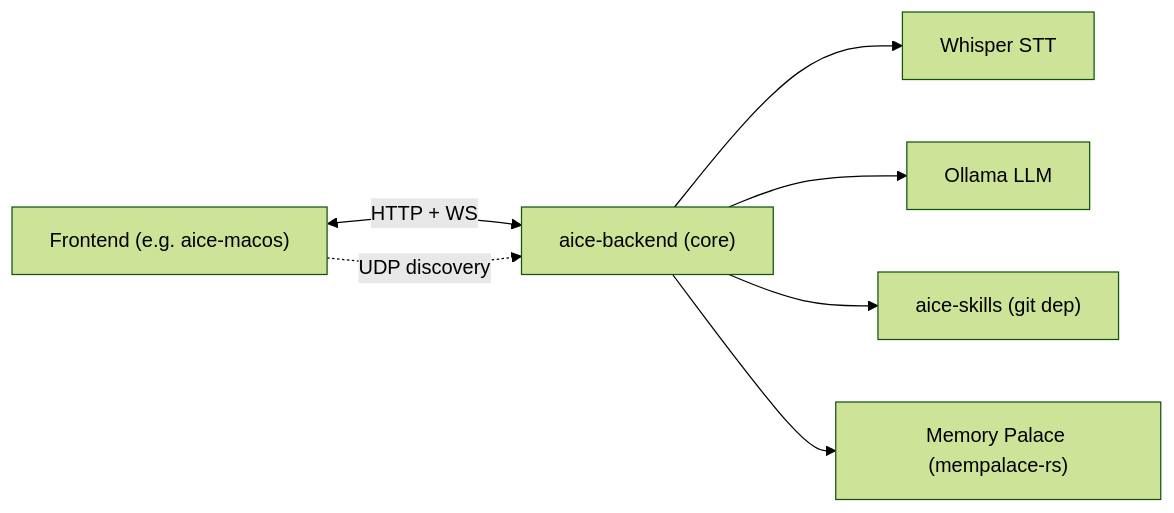
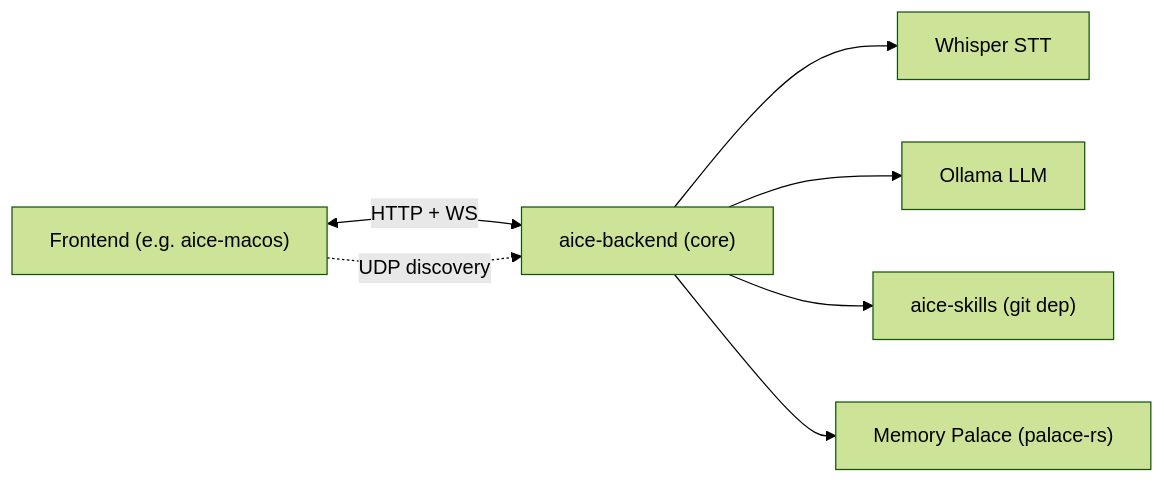
One commit to AncientiCe/aice changed the diagram in README.md. Above: the diagram before and after it, drawn with Mermaid (forest theme). The commit also changed other lines of this file and 10 other files, not shown here.

First line of the commit message:
Move Memory Palace to palace-rs v0.14.2 and purge its new per-wing tables.

````diff
--- a/README.md
+++ b/README.md
@@ -24,9 +24,9 @@
 ```mermaid
 flowchart LR
     Frontend["Frontend (e.g. aice-macos)"] <-->|HTTP + WS| Backend["aice-backend (core)"]
     Backend --> STT[Whisper STT]
     Backend --> LLM[Ollama LLM]
     Backend --> Skills["aice-skills (git dep)"]
-    Backend --> Memory["Memory Palace (mempalace-rs)"]
+    Backend --> Memory["Memory Palace (palace-rs)"]
     Frontend -.->|UDP discovery| Backend
 ```
````
